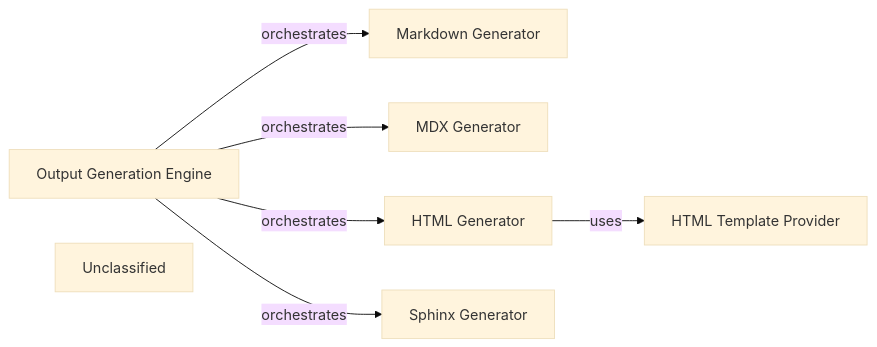
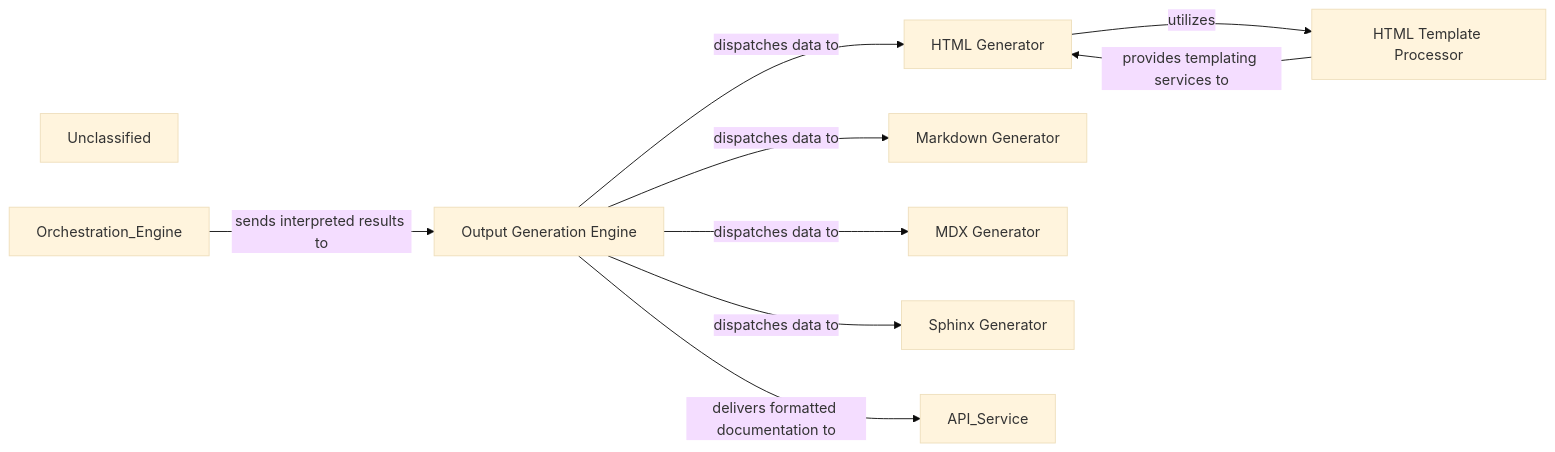
The diagram in .codeboarding/Output_Generation_Engine.md (CodeBoarding/CodeBoarding), drawn with Mermaid (base theme) before and after one commit. The commit also changed other lines of this file and 13 other files, not shown here.

First line of the commit message:
docs: update codeboarding documentation and generate architecture

````diff
--- a/.codeboarding/Output_Generation_Engine.md
+++ b/.codeboarding/Output_Generation_Engine.md
@@ -1,16 +1,19 @@
 ```mermaid
 graph LR
     Output_Generation_Engine["Output Generation Engine"]
+    HTML_Generator["HTML Generator"]
+    HTML_Template_Processor["HTML Template Processor"]
     Markdown_Generator["Markdown Generator"]
     MDX_Generator["MDX Generator"]
-    HTML_Generator["HTML Generator"]
     Sphinx_Generator["Sphinx Generator"]
-    HTML_Template_Provider["HTML Template Provider"]
     Unclassified["Unclassified"]
-    Output_Generation_Engine -- "orchestrates" --> Markdown_Generator
-    Output_Generation_Engine -- "orchestrates" --> MDX_Generator
-    Output_Generation_Engine -- "orchestrates" --> HTML_Generator
-    Output_Generation_Engine -- "orchestrates" --> Sphinx_Generator
-    HTML_Generator -- "uses" --> HTML_Template_Provider
+    Orchestration_Engine -- "sends interpreted results to" --> Output_Generation_Engine
+    Output_Generation_Engine -- "dispatches data to" --> HTML_Generator
+    Output_Generation_Engine -- "dispatches data to" --> Markdown_Generator
+    Output_Generation_Engine -- "dispatches data to" --> MDX_Generator
+    Output_Generation_Engine -- "dispatches data to" --> Sphinx_Generator
+    Output_Generation_Engine -- "delivers formatted documentation to" --> API_Service
+    HTML_Generator -- "utilizes" --> HTML_Template_Processor
+    HTML_Template_Processor -- "provides templating services to" --> HTML_Generator
     click Output_Generation_Engine href "https://github.com/CodeBoarding/CodeBoarding/blob/main/.codeboarding/Output_Generation_Engine.md" "Details"
 ```
````
